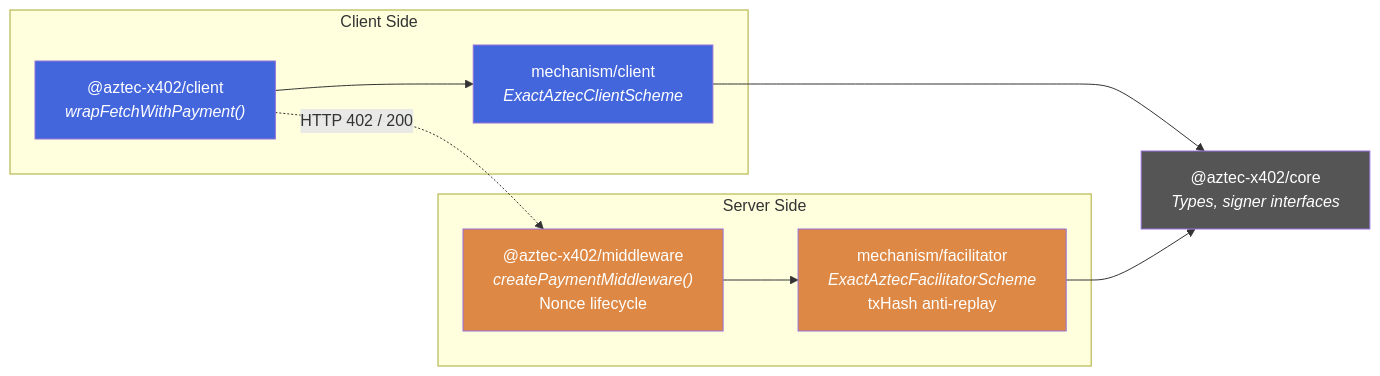
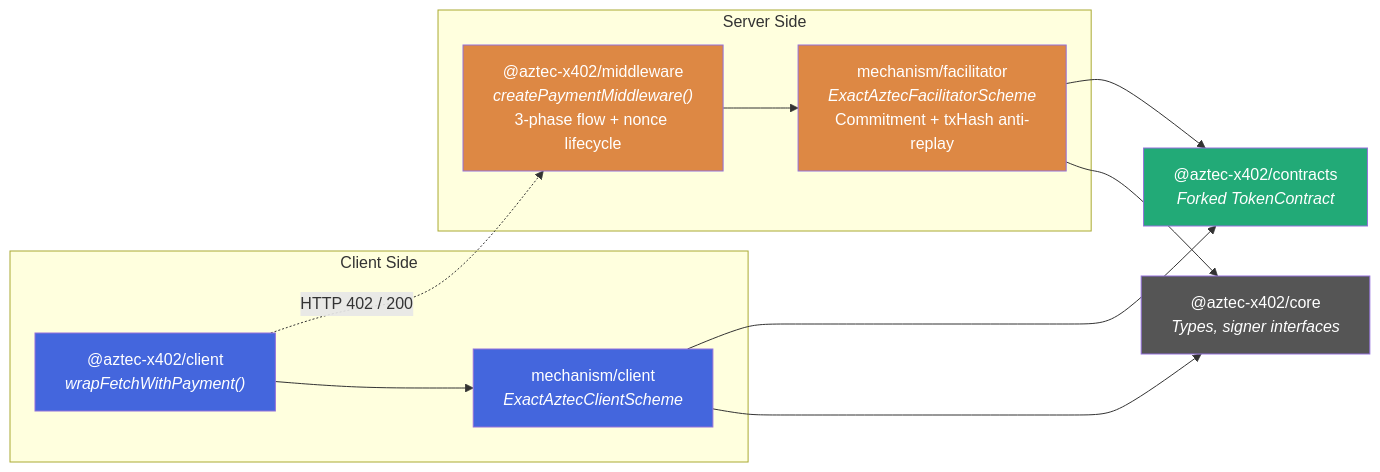
One commit to Galactica-corp/aztec-x402 changed the second of 2 diagrams in readme.md. Above: the diagram before and after it, drawn with Mermaid. The commit also changed other lines of this file and 29 other files, not shown here.

First line of the commit message:
feat: add custom token contract fork for commitment-based payments

````diff
--- a/readme.md
+++ b/readme.md
@@ -67,26 +112,30 @@
 ```mermaid
 graph LR
     subgraph Client Side
         CL["@aztec-x402/client<br/><i>wrapFetchWithPayment()</i>"]
         MC["mechanism/client<br/><i>ExactAztecClientScheme</i>"]
     end
 
     subgraph Server Side
-        MW["@aztec-x402/middleware<br/><i>createPaymentMiddleware()</i><br/>Nonce lifecycle"]
-        MF["mechanism/facilitator<br/><i>ExactAztecFacilitatorScheme</i><br/>txHash anti-replay"]
+        MW["@aztec-x402/middleware<br/><i>createPaymentMiddleware()</i><br/>3-phase flow + nonce lifecycle"]
+        MF["mechanism/facilitator<br/><i>ExactAztecFacilitatorScheme</i><br/>Commitment + txHash anti-replay"]
     end
 
+    CT["@aztec-x402/contracts<br/><i>Forked TokenContract</i>"]
     CO["@aztec-x402/core<br/><i>Types, signer interfaces</i>"]
 
     CL --> MC
     MW --> MF
     MC --> CO
     MF --> CO
     CL -.->|HTTP 402 / 200| MW
+    MF --> CT
+    MC --> CT
 
     style CL fill:#46d,color:#fff
     style MC fill:#46d,color:#fff
     style MW fill:#d84,color:#fff
     style MF fill:#d84,color:#fff
+    style CT fill:#2a7,color:#fff
     style CO fill:#555,color:#fff
 ```
````
